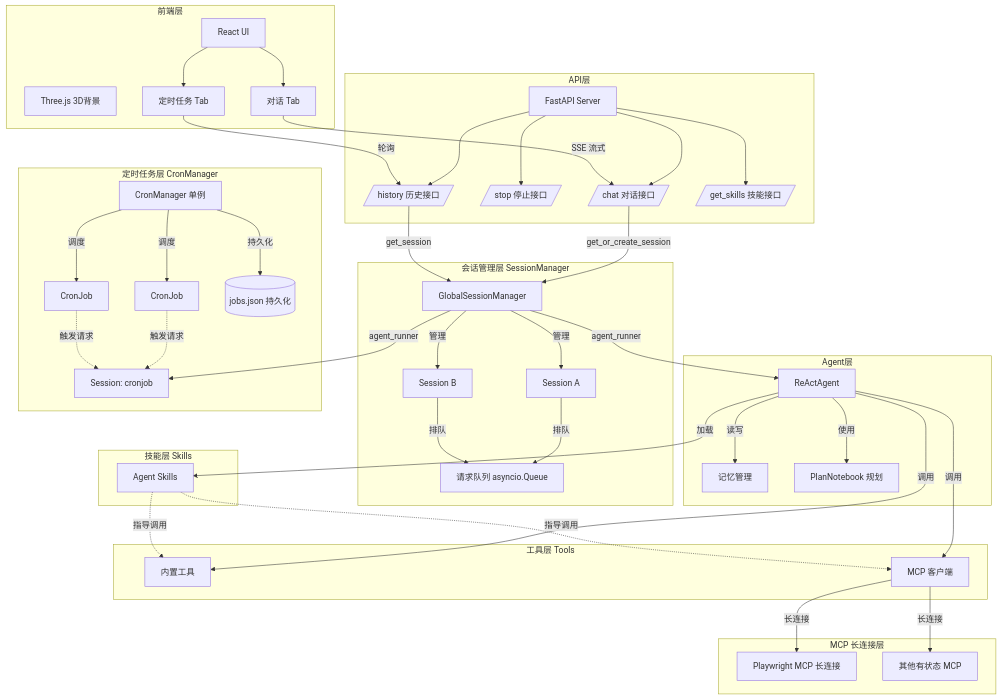
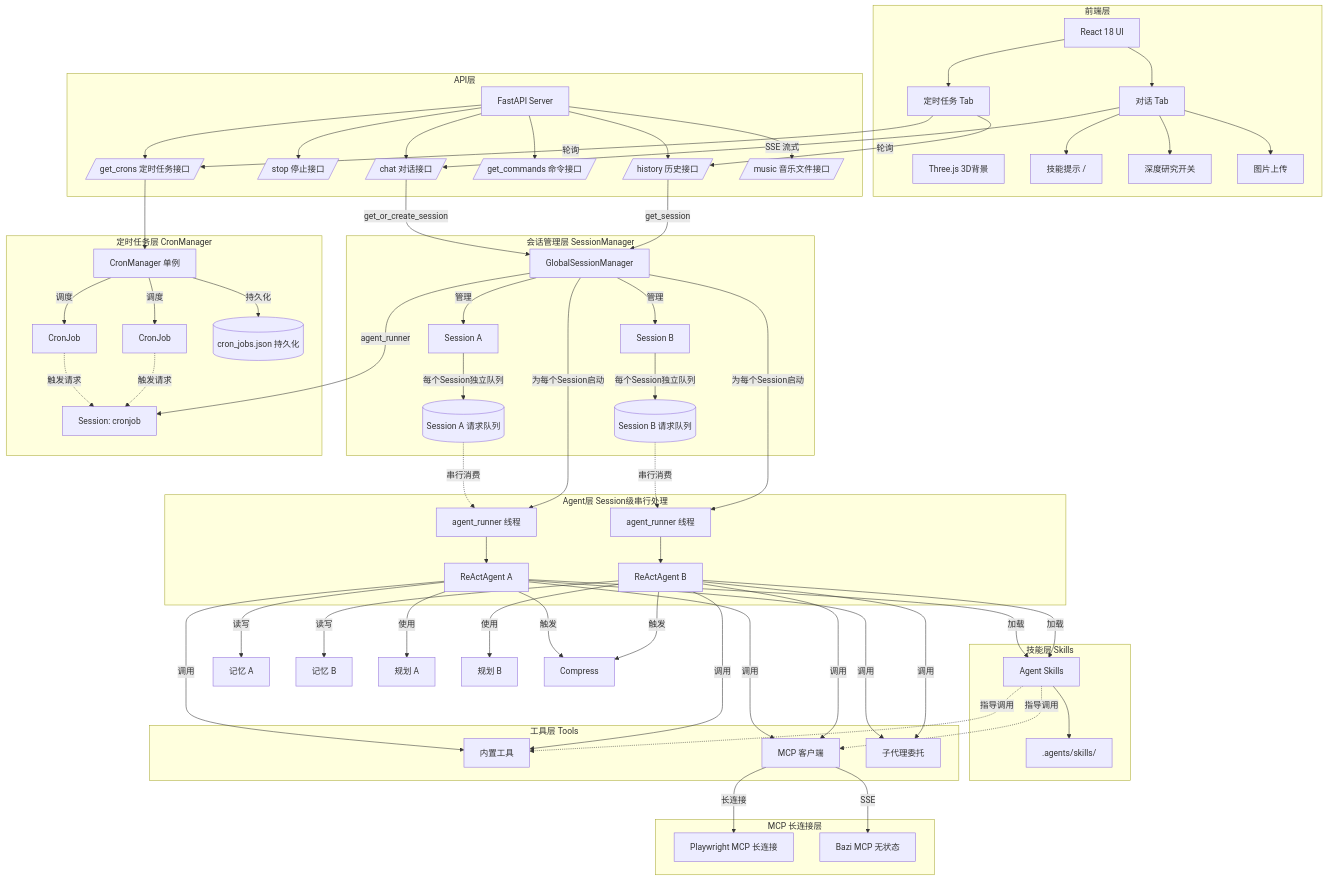
One commit to owenliang/openclaw changed the diagram in README.md. Above: the diagram before and after it, drawn with Mermaid. The commit also changed other lines of this file and 9 other files, not shown here.

````diff
--- a/README.md
+++ b/README.md
@@ -37,12 +57,18 @@
 ```mermaid
 graph TB
     subgraph "前端层"
-        UI[React UI]
+        UI[React 18 UI]
         ThreeJS[Three.js 3D背景]
         TabChat[对话 Tab]
         TabCron[定时任务 Tab]
+        SkillHint[技能提示 /]
+        DeepResearch[深度研究开关]
+        ImgUpload[图片上传]
         UI --> TabChat
         UI --> TabCron
+        TabChat --> SkillHint
+        TabChat --> DeepResearch
+        TabChat --> ImgUpload
     end
 
     subgraph "API层"
@@ -50,42 +76,55 @@
         ChatEP[/chat 对话接口/]
         StopEP[/stop 停止接口/]
         HistoryEP[/history 历史接口/]
-        SkillsEP[/get_skills 技能接口/]
+        CommandsEP[/get_commands 命令接口/]
+        CronsEP[/get_crons 定时任务接口/]
+        MusicEP[/music 音乐文件接口/]
         FastAPI --> ChatEP
         FastAPI --> StopEP
         FastAPI --> HistoryEP
-        FastAPI --> SkillsEP
+        FastAPI --> CommandsEP
+        FastAPI --> CronsEP
+        FastAPI --> MusicEP
     end
 
     subgraph "会话管理层 SessionManager"
         SessionMgr[GlobalSessionManager]
-        ReqQueue[请求队列 asyncio.Queue]
         Session1[Session A]
         Session2[Session B]
+        Session1Queue[(Session A 请求队列)]
+        Session2Queue[(Session B 请求队列)]
         SessionMgr -->|管理| Session1
         SessionMgr -->|管理| Session2
-        Session1 -->|排队| ReqQueue
-        Session2 -->|排队| ReqQueue
+        Session1 -->|每个Session独立队列| Session1Queue
+        Session2 -->|每个Session独立队列| Session2Queue
     end
 
-    subgraph "Agent层"
-        ReAct[ReActAgent]
-        Memory[记忆管理]
-        Plan[PlanNotebook 规划]
+    subgraph "Agent层 Session级串行处理"
+        Runner1[agent_runner 线程]
+        Runner2[agent_runner 线程]
+        ReAct1[ReActAgent A]
+        ReAct2[ReActAgent B]
+        Session1Queue -.->|串行消费| Runner1
+        Session2Queue -.->|串行消费| Runner2
+        Runner1 --> ReAct1
+        Runner2 --> ReAct2
     end
 
     subgraph "技能层 Skills"
         Skills[Agent Skills]
+        SkillDir[.agents/skills/]
+        Skills --> SkillDir
     end
 
     subgraph "工具层 Tools"
         BuiltIn[内置工具]
         MCP[MCP 客户端]
+        SubAgent[子代理委托]
     end
 
     subgraph "MCP 长连接层"
         MCPState1[Playwright MCP 长连接]
-        MCPState2[其他有状态 MCP]
+        MCPState2[Bazi MCP 无状态]
     end
 
     subgraph "定时任务层 CronManager"
@@ -93,7 +132,7 @@
         CronJob1[CronJob]
         CronJob2[CronJob]
         CronSession[Session: cronjob]
-        CronPersistence[(jobs.json 持久化)]
+        CronPersistence[(cron_jobs.json 持久化)]
         CronMgr -->|调度| CronJob1
         CronMgr -->|调度| CronJob2
         CronMgr -->|持久化| CronPersistence
@@ -103,17 +142,29 @@
 
     TabChat -->|SSE 流式| ChatEP
     TabCron -->|轮询| HistoryEP
+    TabCron -->|轮询| CronsEP
     ChatEP -->|get_or_create_session| SessionMgr
     HistoryEP -->|get_session| SessionMgr
-    SessionMgr -->|agent_runner| ReAct
+    CronsEP --> CronMgr
+    SessionMgr -->|为每个Session启动| Runner1
+    SessionMgr -->|为每个Session启动| Runner2
     SessionMgr -->|agent_runner| CronSession
-    ReAct -->|加载| Skills
-    ReAct -->|调用| BuiltIn
-    ReAct -->|调用| MCP
+    ReAct1 -->|加载| Skills
+    ReAct2 -->|加载| Skills
+    ReAct1 -->|调用| BuiltIn
+    ReAct2 -->|调用| BuiltIn
+    ReAct1 -->|调用| MCP
+    ReAct2 -->|调用| MCP
+    ReAct1 -->|调用| SubAgent
+    ReAct2 -->|调用| SubAgent
     Skills -.->|指导调用| BuiltIn
     Skills -.->|指导调用| MCP
-    ReAct -->|读写| Memory
-    ReAct -->|使用| Plan
+    ReAct1 -->|读写| Memory1[记忆 A]
+    ReAct2 -->|读写| Memory2[记忆 B]
+    ReAct1 -->|使用| Plan1[规划 A]
+    ReAct2 -->|使用| Plan2[规划 B]
+    ReAct1 -->|触发| Compress
+    ReAct2 -->|触发| Compress
     MCP -->|长连接| MCPState1
-    MCP -->|长连接| MCPState2
+    MCP -->|SSE| MCPState2
 ```
````
